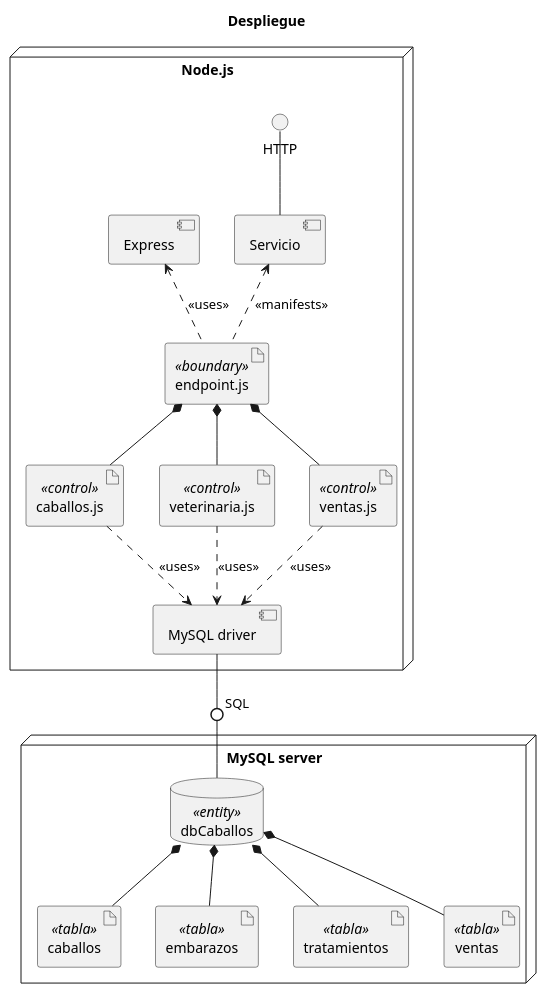
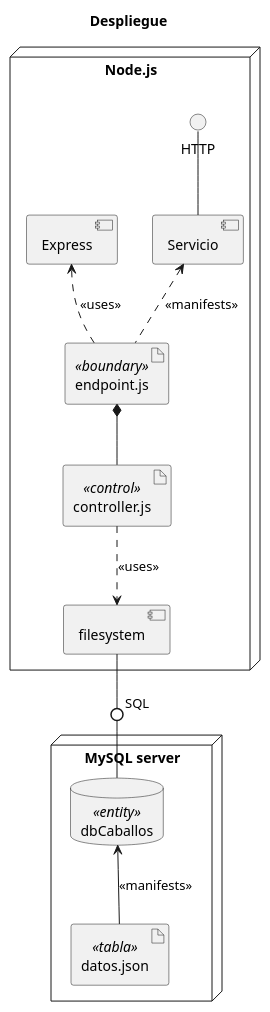
Before and after one commit to Edu237/arq-web: the diagram in uml/despliegue.puml, drawn with PlantUML. The commit also changed 5 other files, not shown here.

```diff
--- a/uml/despliegue.puml
+++ b/uml/despliegue.puml
@@ -1,40 +1,28 @@
 @startuml
 title Despliegue
 node Node.js {
 interface HTTP
 component Express
 component Servicio
 artifact endpoint.js <<boundary>>
-artifact caballos.js <<control>>
-artifact veterinaria.js <<control>>
-artifact ventas.js <<control>>
-component "MySQL driver" as SQL
+artifact controller.js <<control>>
+component "filesystem" as fs
 }
 
 node "MySQL server" as MySQL {
 database dbCaballos <<entity>>
-artifact caballos <<tabla>>
-artifact embarazos <<tabla>>
-artifact tratamientos <<tabla>>
-artifact ventas <<tabla>>
+artifact datos.json <<tabla>>
 }
 
 HTTP -- Servicio
 Servicio <.. endpoint.js: <<manifests>>
 Express <.. endpoint.js: <<uses>>
 
-endpoint.js *-- caballos.js
-endpoint.js *-- veterinaria.js
-endpoint.js *-- ventas.js
+endpoint.js *-- controller.js
 
-caballos.js ..> SQL: <<uses>>
-veterinaria.js ..> SQL: <<uses>>
-ventas.js ..> SQL: <<uses>>
+controller.js ..> fs: <<uses>>
 
-SQL -0- dbCaballos: SQL
+fs -0- dbCaballos: SQL
 
-dbCaballos *-- caballos
-dbCaballos *-- embarazos
-dbCaballos *-- tratamientos
-dbCaballos *-- ventas
+dbCaballos <-- datos.json: <<manifests>>
 @enduml
```
